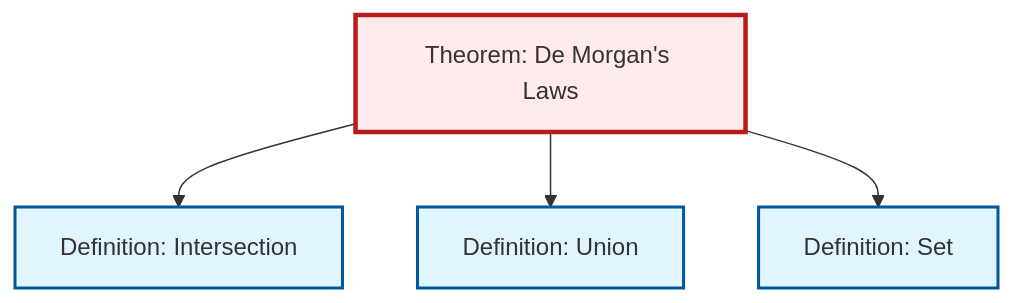
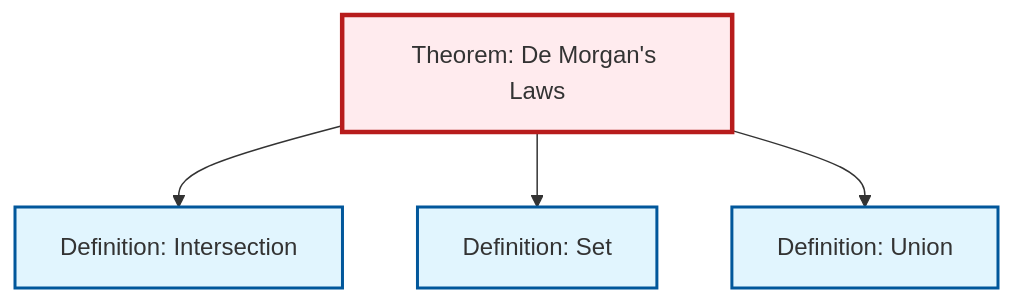
Before and after one commit to RK0429/ModernMath: the diagram in content/ja/logic-set-theory/thm-de-morgan.qmd, drawn with Mermaid. The commit also changed other lines of this file and 634 other files, not shown here.

````diff
--- a/content/ja/logic-set-theory/thm-de-morgan.qmd
+++ b/content/ja/logic-set-theory/thm-de-morgan.qmd
@@ -79,20 +79,20 @@
 ```{mermaid}
 %%| fig-cap: "Local dependency graph"
 graph TD
     classDef definition fill:#e1f5fe,stroke:#01579b,stroke-width:2px
     classDef theorem fill:#f3e5f5,stroke:#4a148c,stroke-width:2px
     classDef axiom fill:#fff3e0,stroke:#e65100,stroke-width:2px
     classDef example fill:#e8f5e9,stroke:#1b5e20,stroke-width:2px
     classDef current fill:#ffebee,stroke:#b71c1c,stroke-width:3px
+    thm-de-morgan["Theorem: De Morgan's Laws"]:::theorem
     def-intersection["Definition: Intersection"]:::definition
-    thm-de-morgan["Theorem: De Morgan's Laws"]:::theorem
     def-union["Definition: Union"]:::definition
     def-set["Definition: Set"]:::definition
     thm-de-morgan --> def-intersection
+    thm-de-morgan --> def-set
     thm-de-morgan --> def-union
-    thm-de-morgan --> def-set
     class thm-de-morgan current
     click def-intersection "def-intersection.html" "Definition: Intersectionへ"
     click def-union "def-union.html" "Definition: Unionへ"
     click def-set "def-set.html" "Definition: Setへ"
 ```
````
